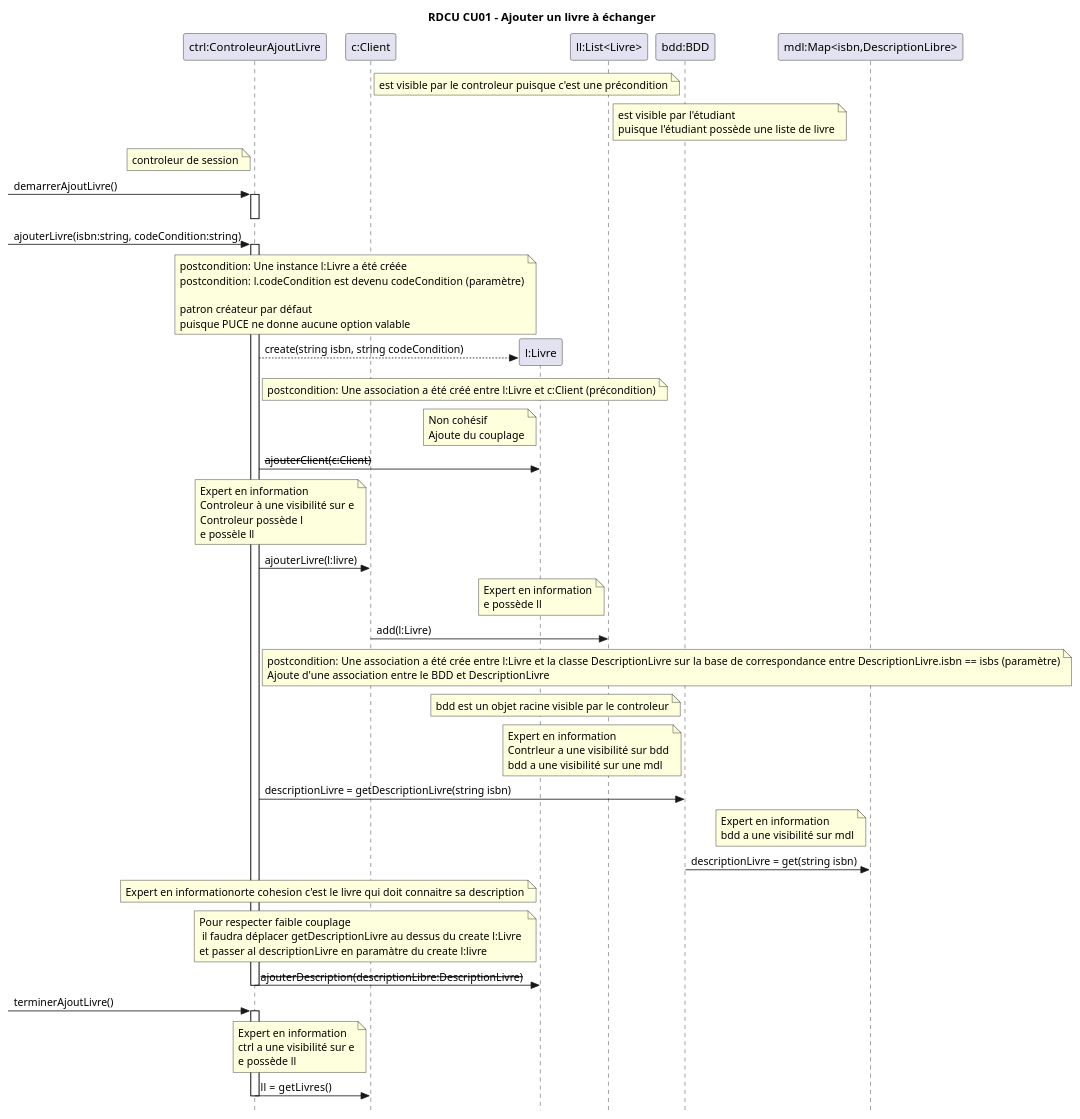
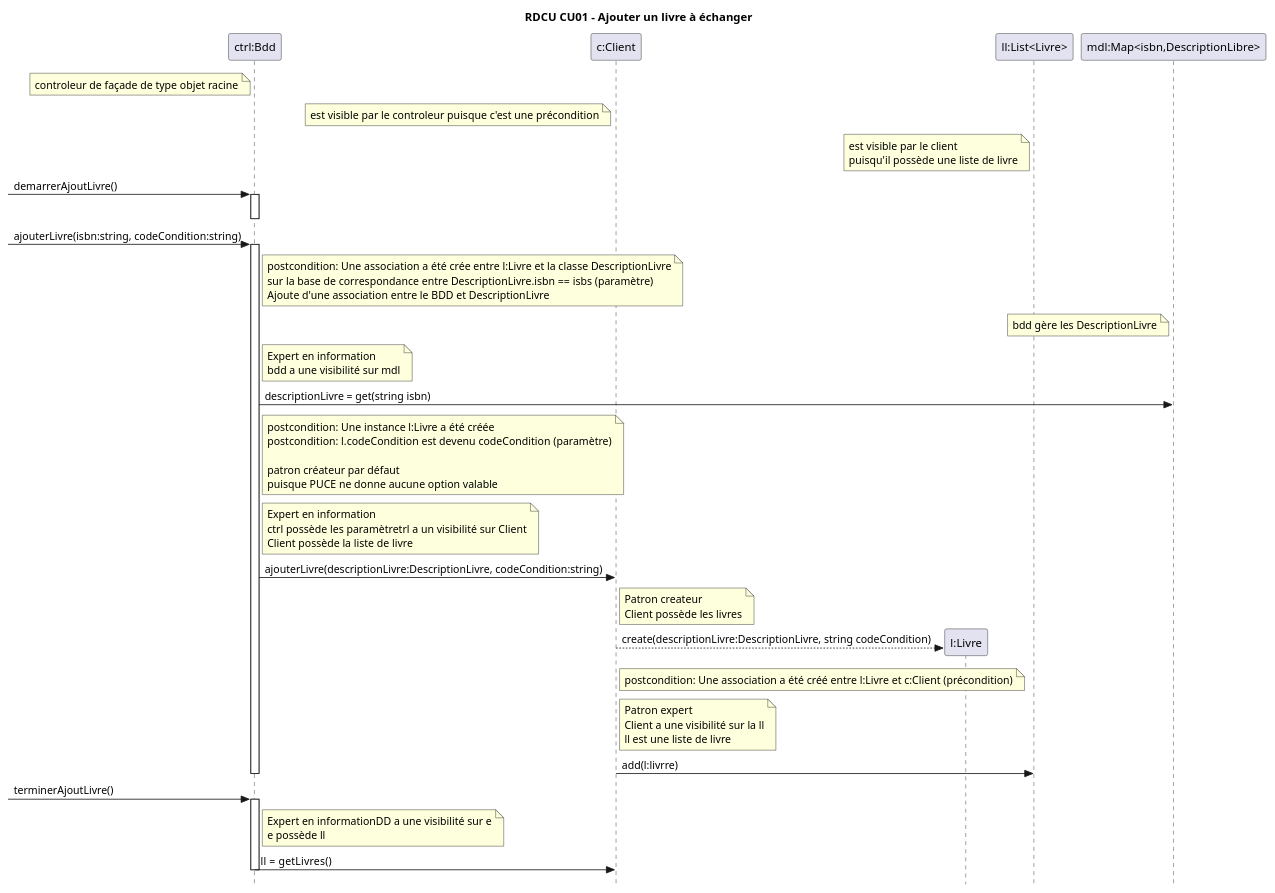
One commit to yvanross/LOG210-exercices changed the third of 7 diagrams in DCU-CU-MDD-DSS-CON-RDCU-DCC/MDD-DSS-CON-RDCU-DCL-systeme-echange-livre.md. Above: the diagram before and after it, drawn with PlantUML. The commit also changed other lines of this file and 4 other files, not shown here.

````diff
--- a/DCU-CU-MDD-DSS-CON-RDCU-DCC/MDD-DSS-CON-RDCU-DCL-systeme-echange-livre.md
+++ b/DCU-CU-MDD-DSS-CON-RDCU-DCC/MDD-DSS-CON-RDCU-DCL-systeme-echange-livre.md
@@ -118,66 +118,58 @@
 ```plantuml
 @startuml
 skinparam style strictuml
 title RDCU CU01 - Ajouter un livre à échanger
 
-participant "ctrl:ControleurAjoutLivre" as S
-participant "c:Client" as E
-note right of E: est visible par le controleur puisque c'est une précondition
+participant "ctrl:Bdd" as S
+note left of S: controleur de façade de type objet racine
+
+participant "c:Client" as C
+note left of C: est visible par le controleur puisque c'est une précondition
+
 participant "l:Livre" as L
+
 participant "ll:List<Livre>" as LL
-note right of LL: est visible par l'étudiant\npuisque l'étudiant possède une liste de livre
+note left of LL: est visible par le client\npuisqu'il possède une liste de livre
 
-note left of S: controleur de session
  -> S: demarrerAjoutLivre()
 activate S
 deactivate S
 
 
 
  -> S: ajouterLivre(isbn:string, codeCondition:string)
 activate S
-note left of L: postcondition: Une instance l:Livre a été créée\npostcondition: l.codeCondition est devenu codeCondition (paramètre)\n\npatron créateur par défaut\npuisque PUCE ne donne aucune option valable
- S --> L**: create(string isbn, string codeCondition)
 
-note right of S: postcondition: Une association a été créé entre l:Livre et c:Client (précondition)
-
- note left of L: Non cohésif\nAjoute du couplage
- S ->L: <s>ajouterClient(c:Client)</s>
-
-
-note left of E: Expert en information\nControleur à une visibilité sur e\nControleur possède l\ne possèle ll
-S -> E: ajouterLivre(l:livre)
-note left of LL: Expert en information\ne possède ll
-E->LL: add(l:Livre)
-
-
-note right of S: postcondition: Une association a été crée entre l:Livre et la classe DescriptionLivre sur la base de correspondance entre DescriptionLivre.isbn == isbs (paramètre)\nAjoute d'une association entre le BDD et DescriptionLivre
-
-participant "bdd:BDD" as B
-note left of B: bdd est un objet racine visible par le controleur
-note left of B: Expert en information\nContrleur a une visibilité sur bdd\nbdd a une visibilité sur une mdl
-S -> B: descriptionLivre = getDescriptionLivre(string isbn)
+note right of S: postcondition: Une association a été crée entre l:Livre et la classe DescriptionLivre\nsur la base de correspondance entre DescriptionLivre.isbn == isbs (paramètre)\nAjoute d'une association entre le BDD et DescriptionLivre
 
 participant "mdl:Map<isbn,DescriptionLibre>" as MDL
-note left of MDL: Expert en information\nbdd a une visibilité sur mdl
-B -> MDL: descriptionLivre = get(string isbn)
+note left of MDL: bdd gère les DescriptionLivre
+note right of S: Expert en information\nbdd a une visibilité sur mdl
+S -> MDL: descriptionLivre = get(string isbn)
 
-note left of L: Expert en information\forte cohesion c'est le livre qui doit connaitre sa description
-note left of L: Pour respecter faible couplage\n il faudra déplacer getDescriptionLivre au dessus du create l:Livre \net passer al descriptionLivre en paramàtre du create l:livre
-S -> L: <s>ajouterDescription(descriptionLibre:DescriptionLivre)</s>
+note right of S: postcondition: Une instance l:Livre a été créée\npostcondition: l.codeCondition est devenu codeCondition (paramètre)\n\npatron créateur par défaut\npuisque PUCE ne donne aucune option valable
 
+note right of S: Expert en information\nctrl possède les paramètre\ctrl a un visibilité sur Client\nClient possède la liste de livre
+S -> C: ajouterLivre(descriptionLivre:DescriptionLivre, codeCondition:string)
+
+note right of C: Patron createur\nClient possède les livres
+C --> L**: create(descriptionLivre:DescriptionLivre, string codeCondition)
+
+note right of C: postcondition: Une association a été créé entre l:Livre et c:Client (précondition)
+note right of C: Patron expert\nClient a une visibilité sur la ll\nll est une liste de livre
+C -> LL: add(l:livrre)
 
 deactivate S
 
 
  -> S: terminerAjoutLivre()
  activate S
- note left of E: Expert en information\nctrl a une visibilité sur e\ne possède ll
-S->E: ll =  getLivres()
+ note right of S: Expert en information\BDD a une visibilité sur e\ne possède ll
+S->C: ll =  getLivres()
 
 
 
  deactivate S
 
 @enduml
 ```
````
